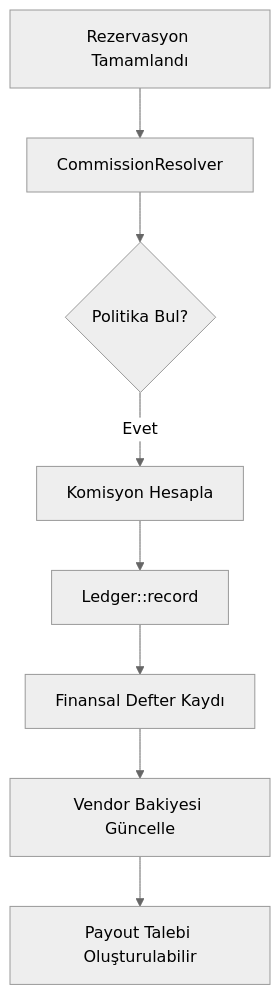
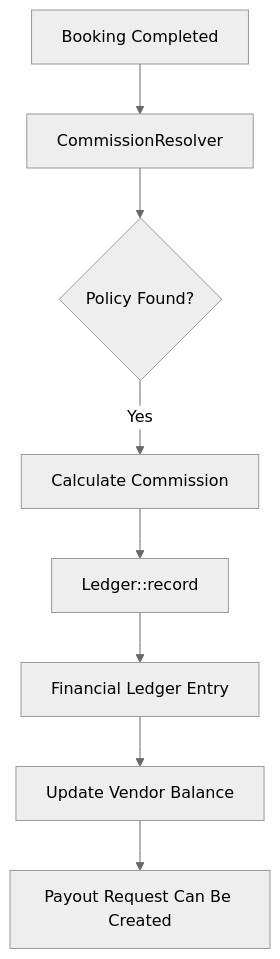
One commit to MaxHandMade/mhm-rentiva-docs changed the diagram in docs/04-developer/financial/financial-overview.md. Above: the diagram before and after it, drawn with Mermaid (neutral theme). The commit also changed other lines of this file and 347 other files, not shown here.

````diff
--- a/docs/04-developer/financial/financial-overview.md
+++ b/docs/04-developer/financial/financial-overview.md
@@ -36,10 +36,10 @@
 ```mermaid
 graph TD
-    A[Rezervasyon Tamamlandı] --> B[CommissionResolver]
-    B --> C{Politika Bul?}
-    C -- Evet --> D[Komisyon Hesapla]
+    A[Booking Completed] --> B[CommissionResolver]
+    B --> C{Policy Found?}
+    C -- Yes --> D[Calculate Commission]
     D --> E[Ledger::record]
-    E --> F[Finansal Defter Kaydı]
-    F --> G[Vendor Bakiyesi Güncelle]
-    G --> H[Payout Talebi Oluşturulabilir]
+    E --> F[Financial Ledger Entry]
+    F --> G[Update Vendor Balance]
+    G --> H[Payout Request Can Be Created]
 ```
````
